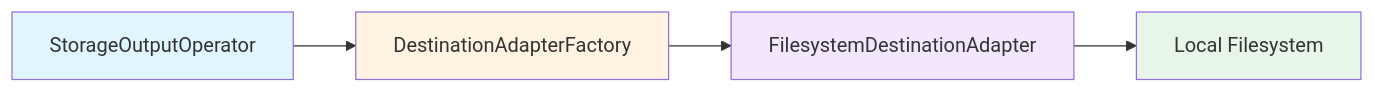
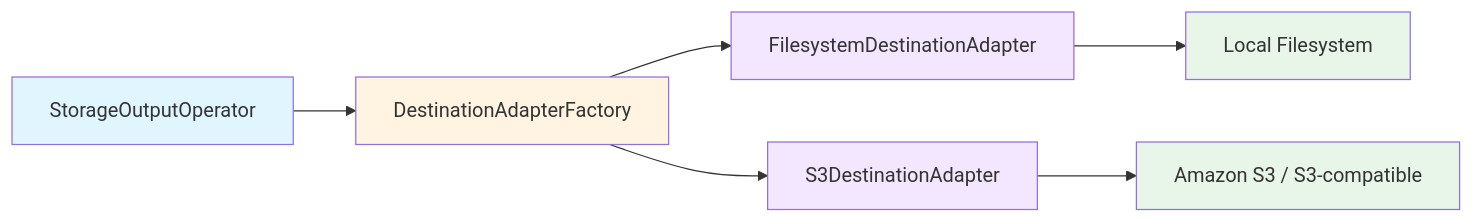
One commit to anupvarma007-ui/datasift-opensource changed the diagram in docs/operators/storage/storage_output_readme.md. Above: the diagram before and after it, drawn with Mermaid. The commit also changed other lines of this file and 25 other files, not shown here.

First line of the commit message:
Add S3 destination adapter for StorageOutputOperator (#751)

````diff
--- a/docs/operators/storage/storage_output_readme.md
+++ b/docs/operators/storage/storage_output_readme.md
@@ -225,11 +306,15 @@
 ```mermaid
 graph LR
     SOO[StorageOutputOperator] --> FAC[DestinationAdapterFactory]
     FAC --> FSA[FilesystemDestinationAdapter]
+    FAC --> S3A[S3DestinationAdapter]
     FSA --> FS[Local Filesystem]
+    S3A --> S3[Amazon S3 / S3-compatible]
 
     style SOO fill:#e1f5ff
     style FAC fill:#fff4e1
     style FSA fill:#f3e6ff
+    style S3A fill:#f3e6ff
     style FS fill:#e8f5e9
+    style S3 fill:#e8f5e9
 ```
````
